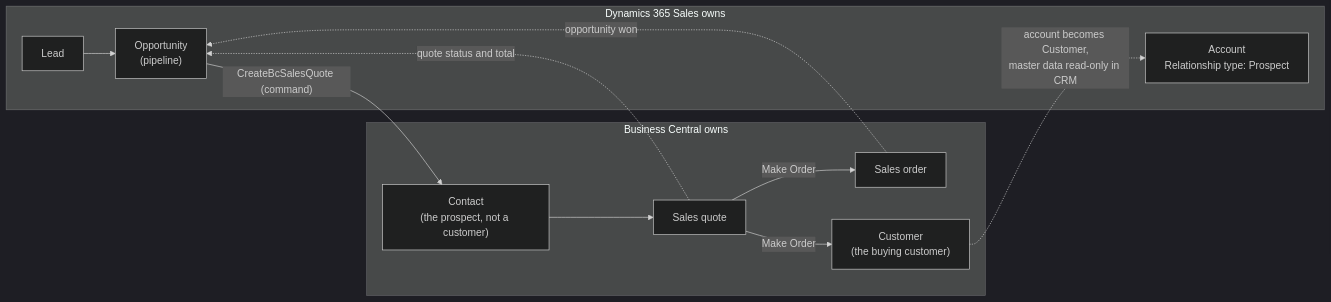
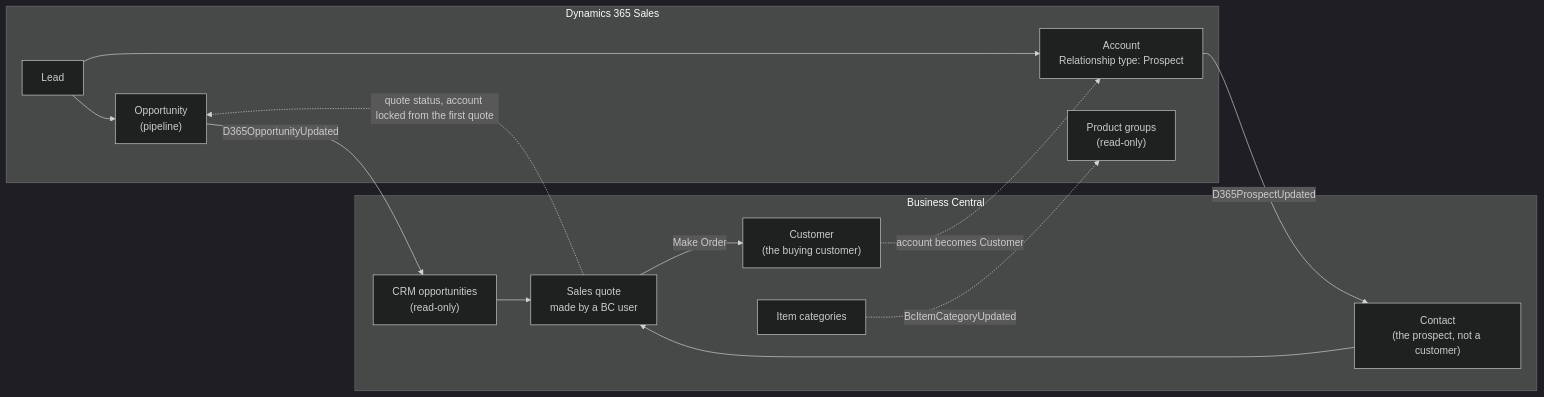
The first of 3 diagrams in samples/DynamicsBcDemo/README.md (ErikEJ/NimBus), drawn with Mermaid (dark theme) before and after one commit. The commit also changed other lines of this file and 96 other files, not shown here.

First line of the commit message:
feat(samples): link Business Central quotes to CRM opportunities in the Dynamics 365 demo (#175)

````diff
--- a/samples/DynamicsBcDemo/README.md
+++ b/samples/DynamicsBcDemo/README.md
@@ -22,16 +33,20 @@
 ```mermaid
 flowchart LR
-    subgraph CRM["Dynamics 365 Sales owns"]
+    subgraph CRM["Dynamics 365 Sales"]
         lead["Lead"] --> opp["Opportunity<br/>(pipeline)"]
-        prospect["Account<br/>Relationship type: Prospect"]
+        lead --> prospect["Account<br/>Relationship type: Prospect"]
+        groups["Product groups<br/>(read-only)"]
     end
-    subgraph BC["Business Central owns"]
-        contact["Contact<br/>(the prospect, not a customer)"] --> quote["Sales quote"]
-        quote -->|Make Order| order["Sales order"]
+    subgraph BC["Business Central"]
+        contact["Contact<br/>(the prospect, not a customer)"]
+        crmopp["CRM opportunities<br/>(read-only)"] --> quote["Sales quote<br/>made by a BC user"]
+        contact --> quote
         quote -->|Make Order| customer["Customer<br/>(the buying customer)"]
+        categories["Item categories"]
     end
-    opp -->|"CreateBcSalesQuote (command)"| contact
-    quote -.->|"quote status and total"| opp
-    customer -.->|"account becomes Customer,<br/>master data read-only in CRM"| prospect
-    order -.->|"opportunity won"| opp
+    prospect -->|"D365ProspectUpdated"| contact
+    opp -->|"D365OpportunityUpdated"| crmopp
+    quote -.->|"quote status, account locked from the first quote"| opp
+    customer -.->|"account becomes Customer"| prospect
+    categories -.->|"BcItemCategoryUpdated"| groups
 ```
````
